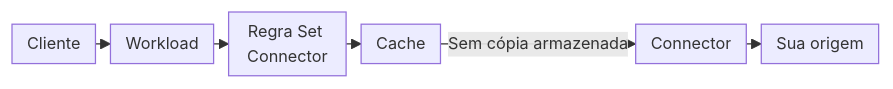
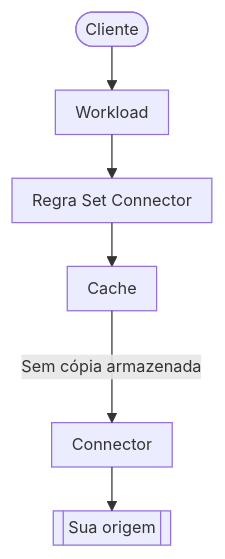
Before and after one commit to aziontech/docs: the diagram in apps/docs/src/content/docs/pt-br/pages/menu-principal/referencia/secure/edge-connector/edge-connector.mdx, drawn with Mermaid. The commit also changed 179 other files, not shown here.

Commit message:
docs(diagrams): redraw every other diagram in the use-case diagram style (#2513)

````diff
--- a/apps/docs/src/content/docs/pt-br/pages/menu-principal/referencia/secure/edge-connector/edge-connector.mdx
+++ b/apps/docs/src/content/docs/pt-br/pages/menu-principal/referencia/secure/edge-connector/edge-connector.mdx
@@ -56,9 +56,9 @@
 ```mermaid
-%%{init: {"layout": "dagre", "themeVariables": {"fontSize": "13px"}, "flowchart": {"nodeSpacing": 12, "rankSpacing": 12, "padding": 6, "wrappingWidth": 70, "minNodeWidth": 40, "useMaxWidth": true}}}%%
-flowchart LR
-  C["Cliente"] --> W["Workload"]
+%%{init: {"layout": "elk", "themeVariables": {"fontSize": "13px"}, "flowchart": {"nodeSpacing": 24, "rankSpacing": 36, "padding": 8, "wrappingWidth": 150, "useMaxWidth": true}, "sequence": {"width": 120, "actorMargin": 30, "useMaxWidth": true}}}%%
+flowchart TD
+  C(["Cliente"]) --> W["Workload"]
   W --> R["Regra Set Connector"]
   R --> K["Cache"]
   K -->|"Sem cópia armazenada"| N["Connector"]
-  N --> O["Sua origem"]
+  N --> O[["Sua origem"]]
 ```
````
